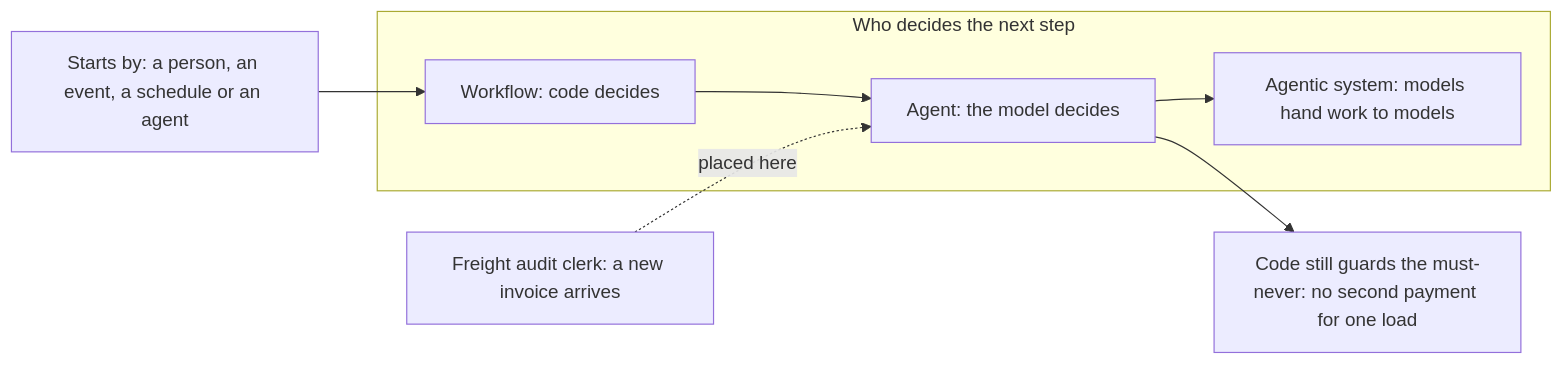
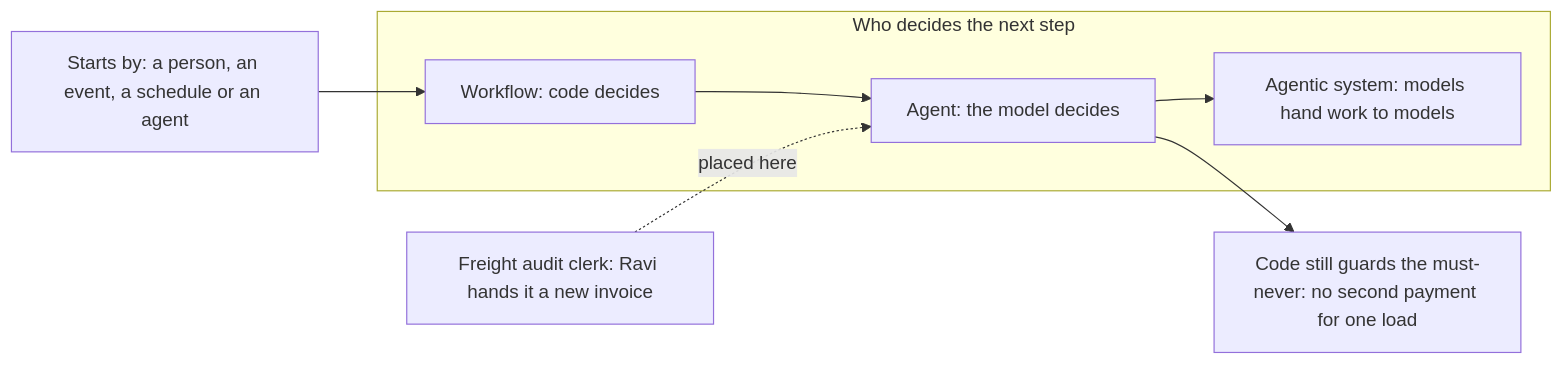
One commit to learnwithparam/agentic-ai-buildcamp changed the diagram in parts/01-design/design-map.mmd. Above: the diagram before and after it, drawn with Mermaid. The commit also changed 23 other files, not shown here.

```diff
--- a/parts/01-design/design-map.mmd
+++ b/parts/01-design/design-map.mmd
@@ -1,8 +1,8 @@
 flowchart LR
   T1[Starts by: a person, an event, a schedule or an agent] --> W
   subgraph Map[Who decides the next step]
     W[Workflow: code decides] --> A[Agent: the model decides]
     A --> S[Agentic system: models hand work to models]
   end
-  F[Freight audit clerk: a new invoice arrives] -.placed here.-> A
+  F[Freight audit clerk: Ravi hands it a new invoice] -.placed here.-> A
   A --> G[Code still guards the must-never: no second payment for one load]
```
